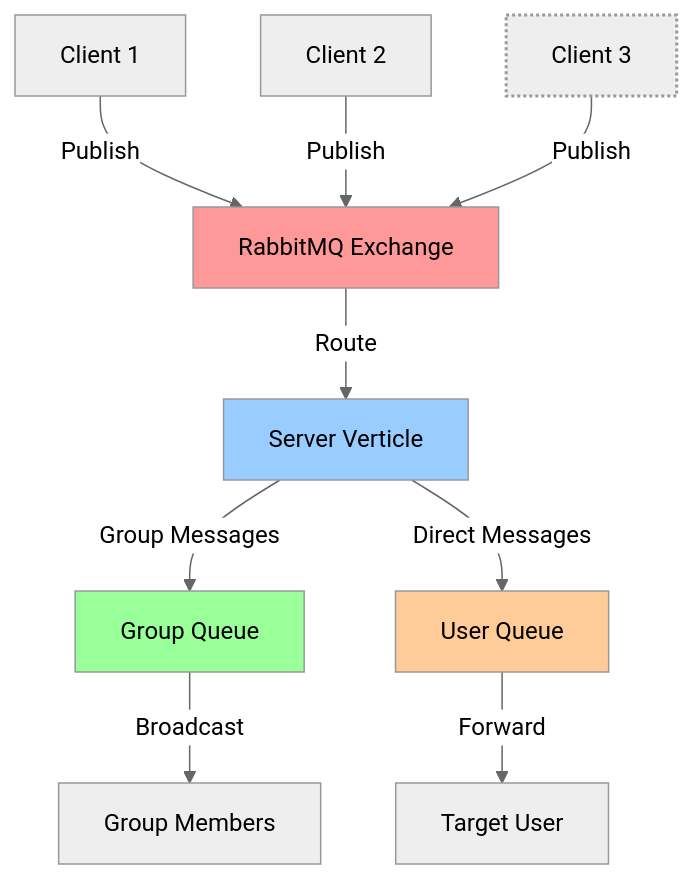
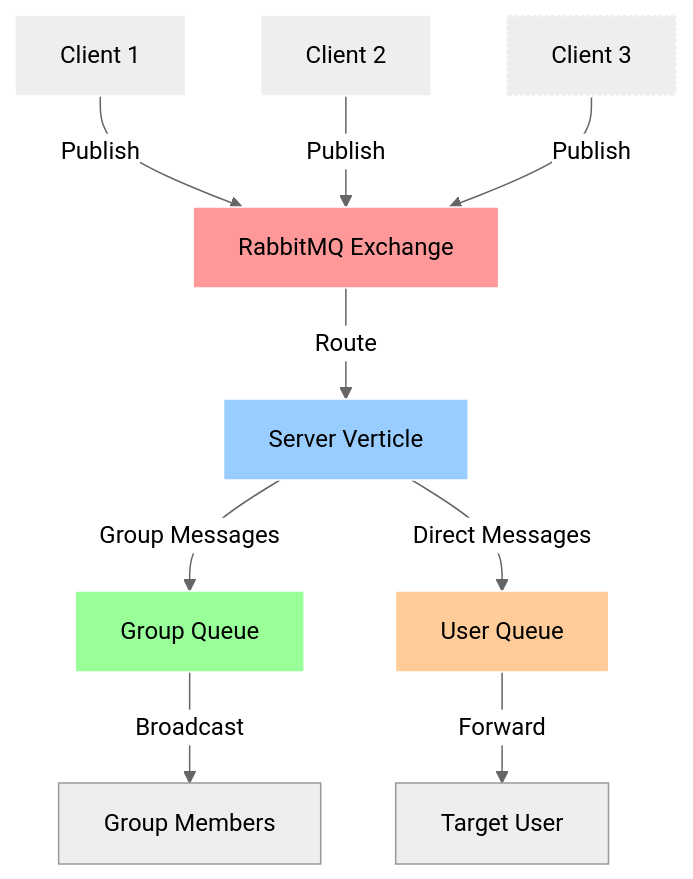
One commit to Phenikaa-team/ChatAsyncProcessor changed the first of 4 diagrams in README.md. Above: the diagram before and after it, drawn with Mermaid (neutral theme). The commit also changed other lines of this file and 3 other files, not shown here.

````diff
--- a/README.md
+++ b/README.md
@@ -38,17 +53,23 @@
 ```mermaid
 graph TD
     A[Client 1] -->|Publish| B[RabbitMQ Exchange]
     C[Client 2] -->|Publish| B
     D[Client 3] -->|Publish| B
     B -->|Route| E[Server Verticle]
     E -->|Group Messages| F[Group Queue]
     E -->|Direct Messages| G[User Queue]
     F -->|Broadcast| H[Group Members]
     G -->|Forward| I[Target User]
     
     style D stroke-width:2px, stroke-dasharray: 2
     style B fill:#ff9999
     style E fill:#99ccff
     style F fill:#99ff99
     style G fill:#ffcc99 
+
+   classDef whiteText color:#000000
+   class B,E,F,G whiteText
+   
+   classDef blackOutline stroke:#ffffff
+   class A,B,C,D,E,F,G blackOutline
 ```
````
